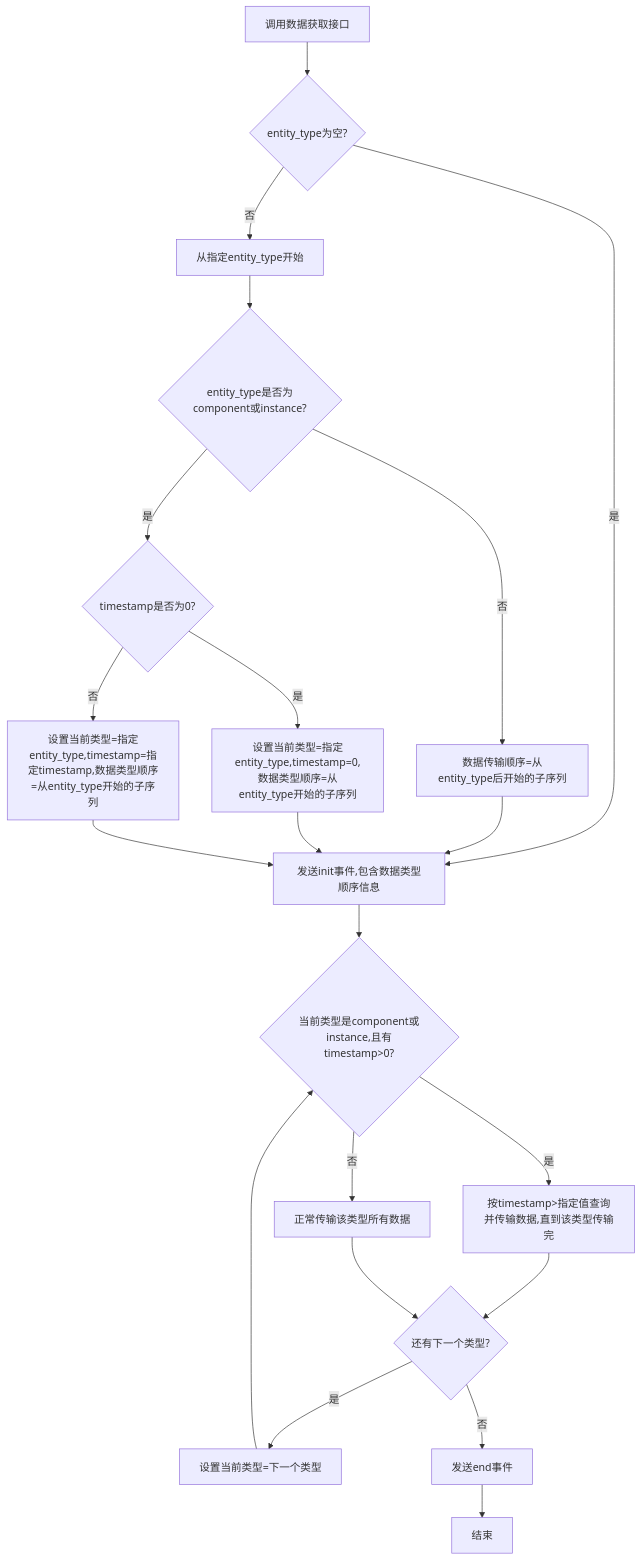
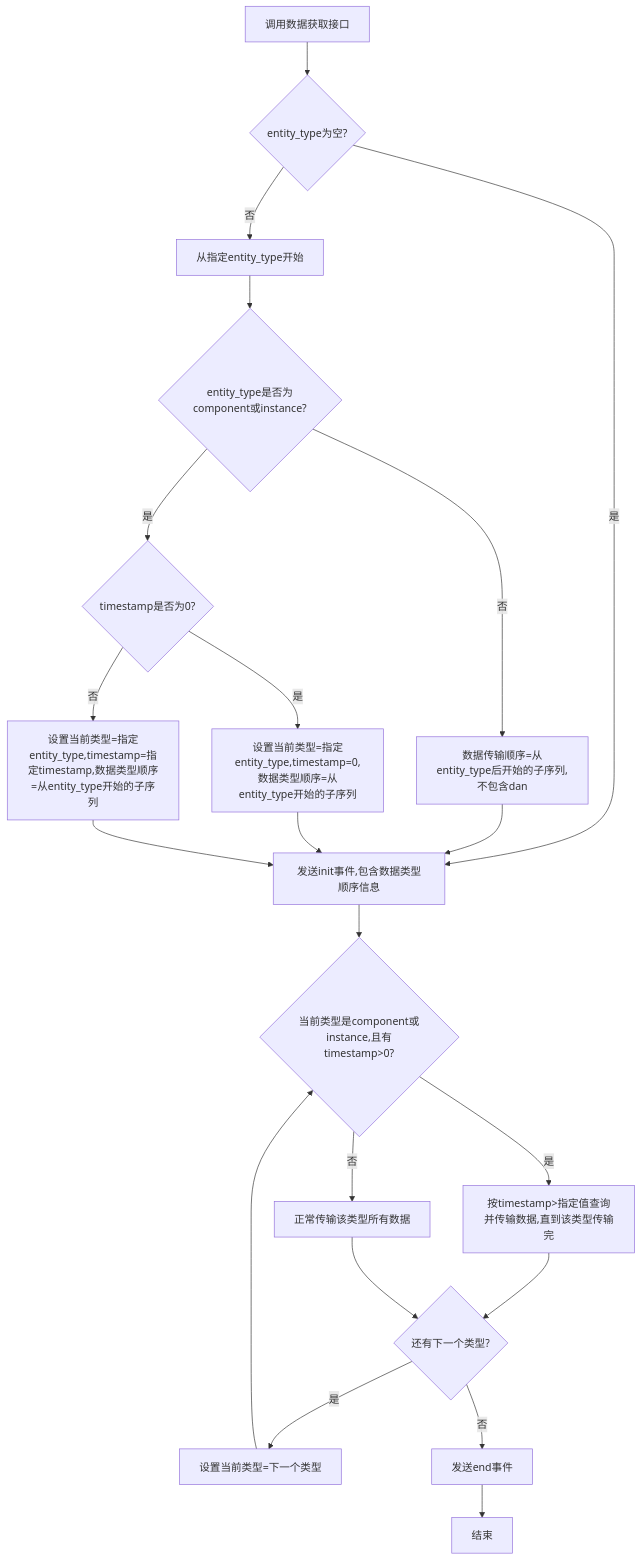
The diagram in all/未命名-63.md (yingjianzh/iodraw-files), drawn with Mermaid before and after one commit.

Commit message:
2025-05-19 13:45:22 update

````diff
--- a/all/未命名-63.md
+++ b/all/未命名-63.md
@@ -1,35 +1,35 @@
 ```mermaid
 
 flowchart TD
     A[调用数据获取接口] --> B{entity_type为空?}
 
     B -->|是| K[发送init事件,包含数据类型顺序信息]
     B -->|否| D[从指定entity_type开始]
     
     D --> F{entity_type是否为component或instance?}
     
-    F -->|否| G[数据传输顺序=从entity_type后开始的子序列]
+    F -->|否| G[数据传输顺序=从entity_type后开始的子序列,不包含dan]
     F -->|是| H{timestamp是否为0?}
     
     H -->|是| I[设置当前类型=指定entity_type,timestamp=0,数据类型顺序=从entity_type开始的子序列]
     H -->|否| J[设置当前类型=指定entity_type,timestamp=指定timestamp,数据类型顺序=从entity_type开始的子序列]
     
     G --> K
     I --> K
     J --> K
     
    
     K --> P{当前类型是component或instance,且有timestamp>0?}
     P -->|是| Q[按timestamp>指定值查询并传输数据,直到该类型传输完]
     P -->|否| R[正常传输该类型所有数据]
     
     Q --> T{还有下一个类型?}
     R --> T
     
     T -->|是| U[设置当前类型=下一个类型]
     T -->|否| V[发送end事件]
     
     U --> P
     V --> W[结束]
 
 ```
````
